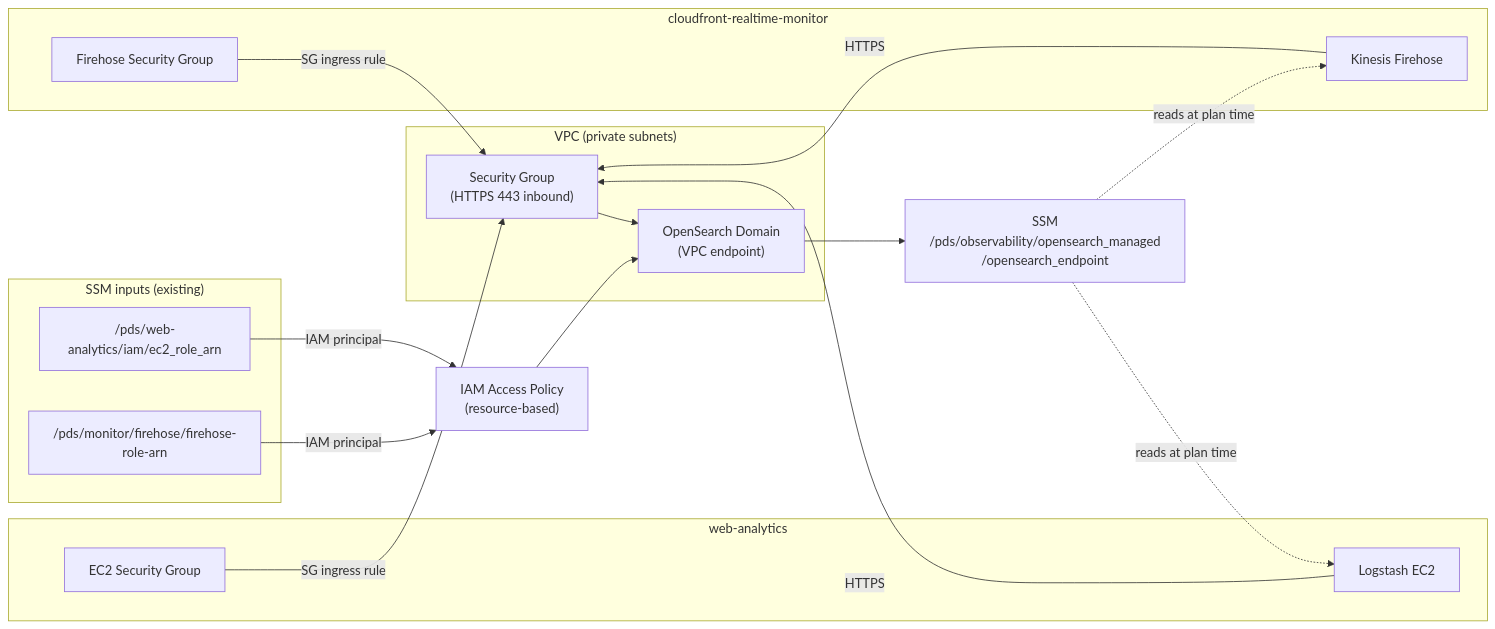
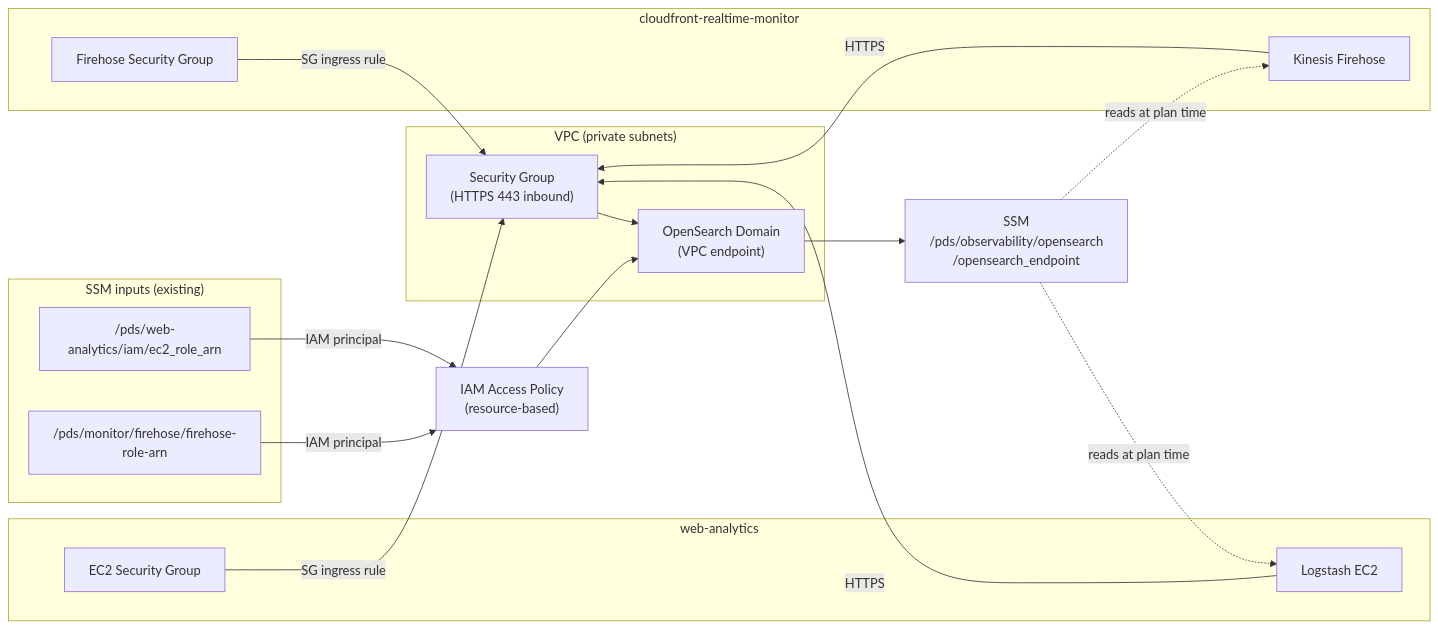
The first of 2 diagrams in terraform/README.md (NASA-PDS/o11y-platform), drawn with Mermaid before and after one commit. The commit also changed other lines of this file and 15 other files, not shown here.

First line of the commit message:
rename opensearch_managed → opensearch; publish ARN to SSM

````diff
--- a/terraform/README.md
+++ b/terraform/README.md
@@ -7,37 +7,37 @@
 ```mermaid
 flowchart LR
     subgraph vpc["VPC (private subnets)"]
         SG["Security Group\n(HTTPS 443 inbound)"]
         OS["OpenSearch Domain\n(VPC endpoint)"]
     end
 
     subgraph ssm_in["SSM inputs (existing)"]
         EC2ARN["/pds/web-analytics/iam/ec2_role_arn"]
         FHARN["/pds/monitor/firehose/firehose-role-arn"]
     end
 
     POL["IAM Access Policy\n(resource-based)"]
-    SSM_OUT["SSM\n/pds/observability/opensearch_managed\n/opensearch_endpoint"]
+    SSM_OUT["SSM\n/pds/observability/opensearch\n/opensearch_endpoint"]
 
     subgraph wa["web-analytics"]
         LS["Logstash EC2"]
         EC2SG["EC2 Security Group"]
     end
 
     subgraph cf["cloudfront-realtime-monitor"]
         FH["Kinesis Firehose"]
         FHSG["Firehose Security Group"]
     end
 
     EC2SG -->|"SG ingress rule"| SG
     FHSG -->|"SG ingress rule"| SG
     SG --> OS
     EC2ARN -->|"IAM principal"| POL
     FHARN -->|"IAM principal"| POL
     POL --> OS
     OS --> SSM_OUT
     SSM_OUT -.->|"reads at plan time"| LS
     SSM_OUT -.->|"reads at plan time"| FH
     LS -->|"HTTPS"| SG
     FH -->|"HTTPS"| SG
 ```
````
